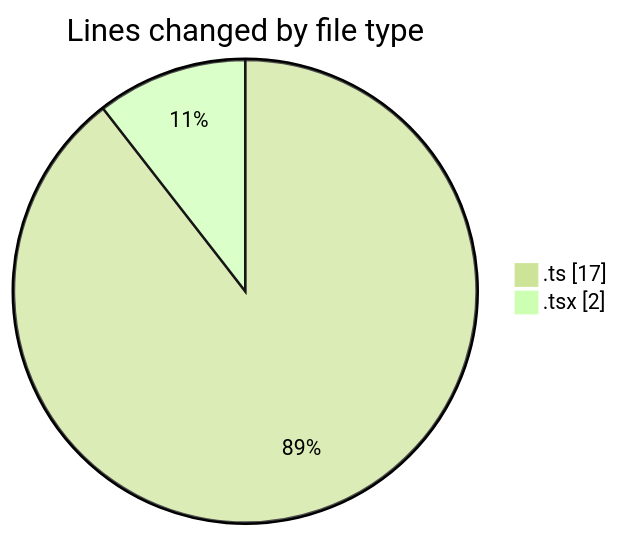
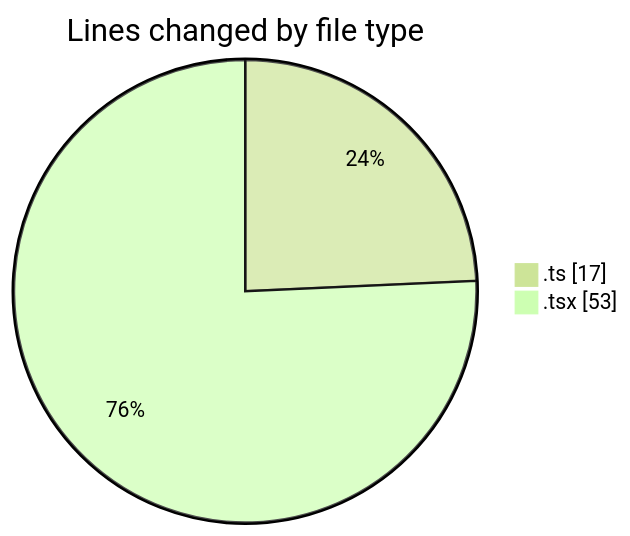
Before and after one commit to julien-gomy/code-tracking: the first of 2 diagrams in 2025-11-24/eventscop-frontend-guide__workspace_/README.md, drawn with Mermaid (forest theme). The commit also changed other lines of this file and 1 other file, not shown here.

````diff
--- a/2025-11-24/eventscop-frontend-guide__workspace_/README.md
+++ b/2025-11-24/eventscop-frontend-guide__workspace_/README.md
@@ -22,6 +23,6 @@
 ```mermaid
 pie showData
 title Lines changed by file type
 ".ts" : 17
-".tsx" : 2
+".tsx" : 53
 ```
````
